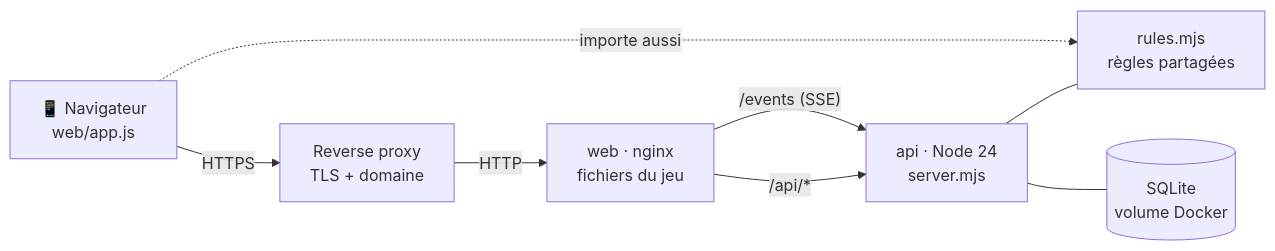
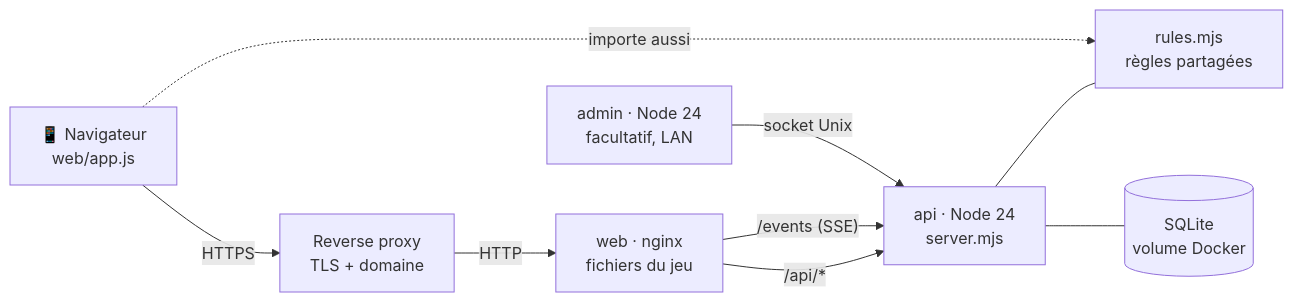
One commit to MonXBZH/politigo changed the diagram in README.md. Above: the diagram before and after it, drawn with Mermaid. The commit also changed other lines of this file and 16 other files, not shown here.

````diff
--- a/README.md
+++ b/README.md
@@ -139,10 +153,11 @@
 ```mermaid
 flowchart LR
   P["📱 Navigateur<br/>web/app.js"] -- HTTPS --> RP["Reverse proxy<br/>TLS + domaine"]
   RP -- HTTP --> W["web · nginx<br/>fichiers du jeu"]
   W -- "/api/*" --> A["api · Node 24<br/>server.mjs"]
   W -- "/events (SSE)" --> A
   A --- R["rules.mjs<br/>règles partagées"]
   P -. "importe aussi" .-> R
   A --- DB[("SQLite<br/>volume Docker")]
+  AD["admin · Node 24<br/>facultatif, LAN"] -- "socket Unix" --> A
 ```
````
